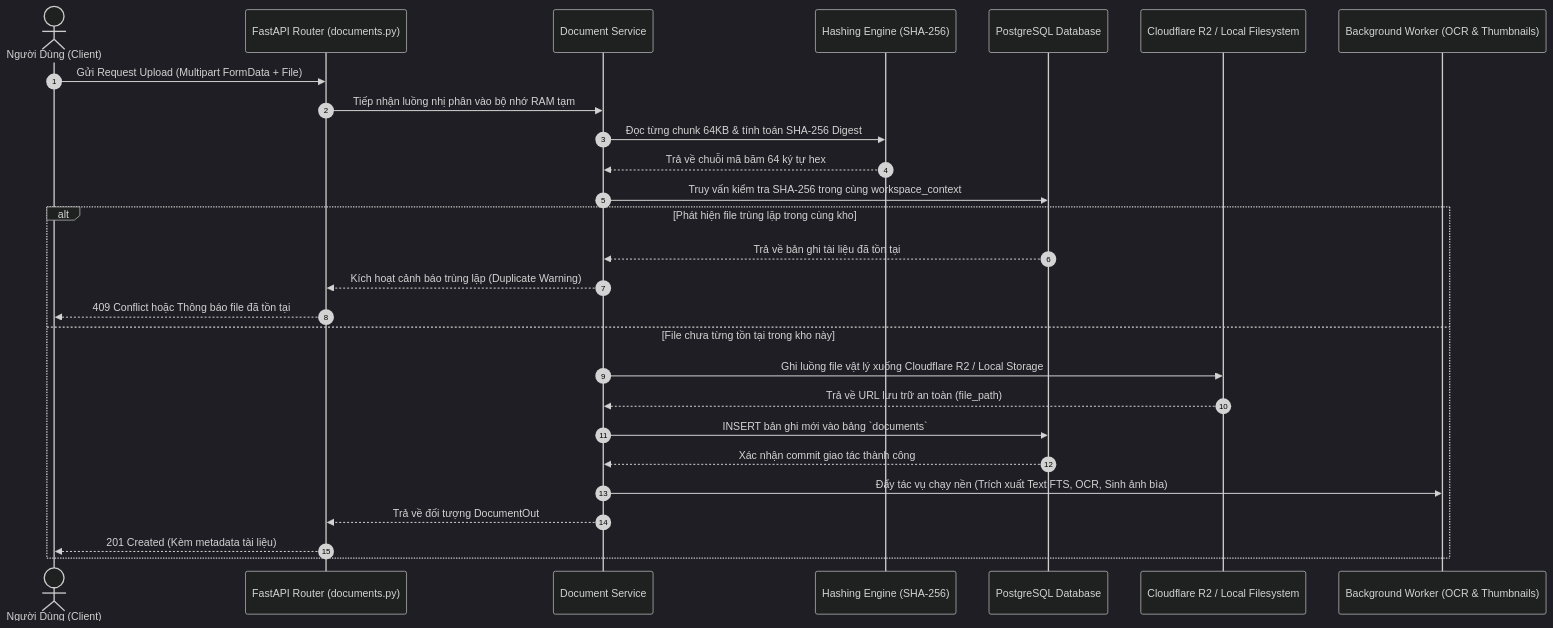
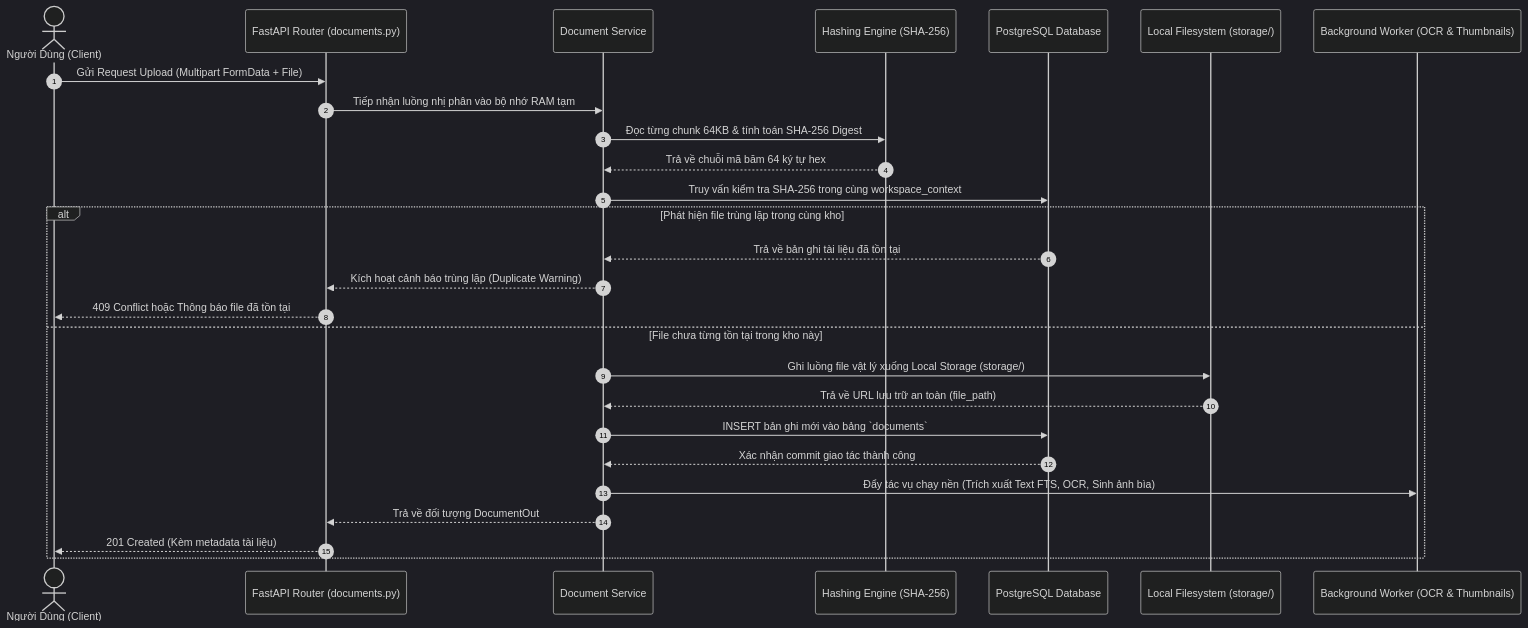
The diagram in docs/requirements/use-cases/UC01_UPLOAD_AND_DEDUPLICATION.md (Nguyen06-CSE/Foundation-Project), drawn with Mermaid (dark theme) before and after one commit. The commit also changed 260 other files, not shown here.

````diff
--- a/docs/requirements/use-cases/UC01_UPLOAD_AND_DEDUPLICATION.md
+++ b/docs/requirements/use-cases/UC01_UPLOAD_AND_DEDUPLICATION.md
@@ -29,31 +29,31 @@
 ```mermaid
 sequenceDiagram
     autonumber
     actor User as Người Dùng (Client)
     participant API as FastAPI Router (documents.py)
     participant Svc as Document Service
     participant Hash as Hashing Engine (SHA-256)
     participant DB as PostgreSQL Database
-    participant Storage as Cloudflare R2 / Local Filesystem
+    participant Storage as Local Filesystem (storage/)
     participant BG as Background Worker (OCR & Thumbnails)
 
     User->>API: Gửi Request Upload (Multipart FormData + File)
     API->>Svc: Tiếp nhận luồng nhị phân vào bộ nhớ RAM tạm
     Svc->>Hash: Đọc từng chunk 64KB & tính toán SHA-256 Digest
     Hash-->>Svc: Trả về chuỗi mã băm 64 ký tự hex
 
     Svc->>DB: Truy vấn kiểm tra SHA-256 trong cùng workspace_context
     alt Phát hiện file trùng lặp trong cùng kho
         DB-->>Svc: Trả về bản ghi tài liệu đã tồn tại
         Svc-->>API: Kích hoạt cảnh báo trùng lặp (Duplicate Warning)
         API-->>User: 409 Conflict hoặc Thông báo file đã tồn tại
     else File chưa từng tồn tại trong kho này
-        Svc->>Storage: Ghi luồng file vật lý xuống Cloudflare R2 / Local Storage
+        Svc->>Storage: Ghi luồng file vật lý xuống Local Storage (storage/)
         Storage-->>Svc: Trả về URL lưu trữ an toàn (file_path)
         Svc->>DB: INSERT bản ghi mới vào bảng `documents`
         DB-->>Svc: Xác nhận commit giao tác thành công
         Svc->>BG: Đẩy tác vụ chạy nền (Trích xuất Text FTS, OCR, Sinh ảnh bìa)
         Svc-->>API: Trả về đối tượng DocumentOut
         API-->>User: 201 Created (Kèm metadata tài liệu)
     end
 ```
````
